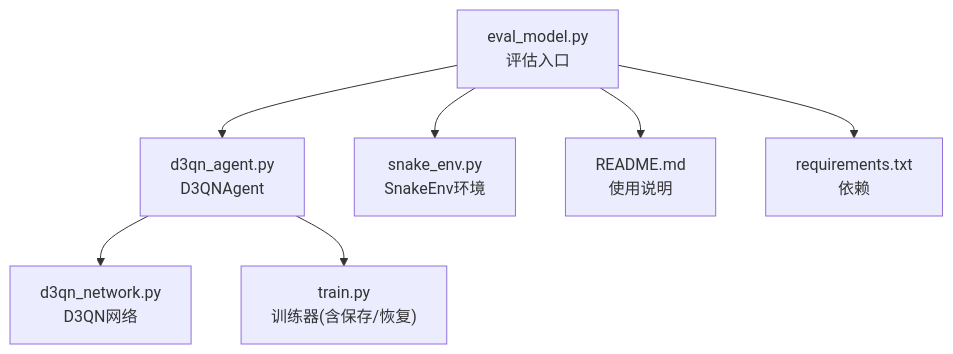
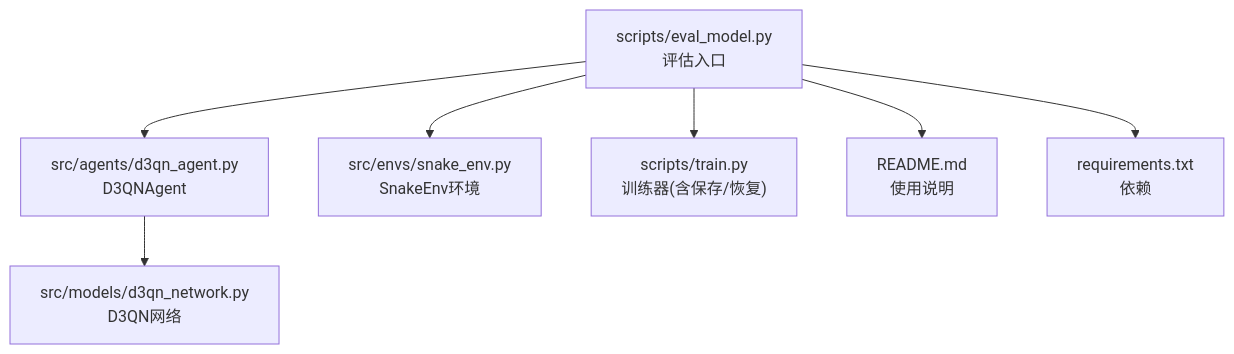
The first of 5 diagrams in .qoder/repowiki/zh/content/演示和测试/模型评估工具.md (fuweiq94-cloud/3399180760000), drawn with Mermaid before and after one commit. The commit also changed other lines of this file and 75 other files, not shown here.

````diff
--- a/.qoder/repowiki/zh/content/演示和测试/模型评估工具.md
+++ b/.qoder/repowiki/zh/content/演示和测试/模型评估工具.md
@@ -44,9 +53,9 @@
 ```mermaid
 graph TB
-A["eval_model.py<br/>评估入口"] --> B["d3qn_agent.py<br/>D3QNAgent"]
-B --> C["d3qn_network.py<br/>D3QN网络"]
-A --> D["snake_env.py<br/>SnakeEnv环境"]
-B --> E["train.py<br/>训练器(含保存/恢复)"]
+A["scripts/eval_model.py<br/>评估入口"] --> B["src/agents/d3qn_agent.py<br/>D3QNAgent"]
+B --> C["src/models/d3qn_network.py<br/>D3QN网络"]
+A --> D["src/envs/snake_env.py<br/>SnakeEnv环境"]
+A --> E["scripts/train.py<br/>训练器(含保存/恢复)"]
 A --> F["README.md<br/>使用说明"]
 A --> G["requirements.txt<br/>依赖"]
 ```
````
